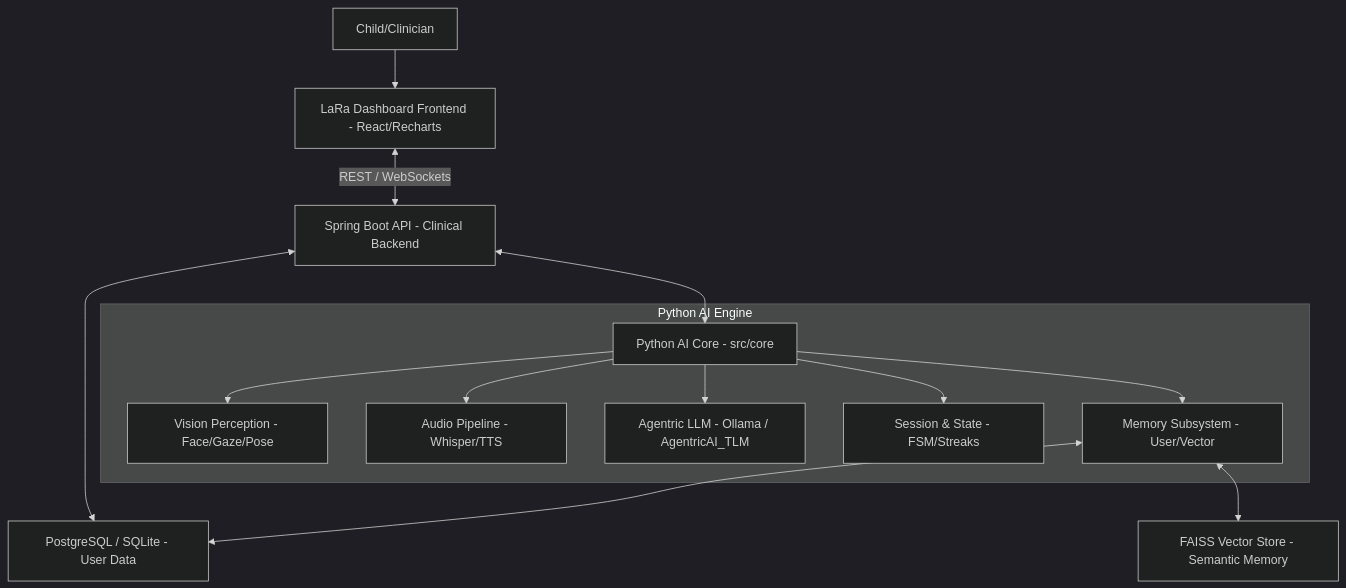
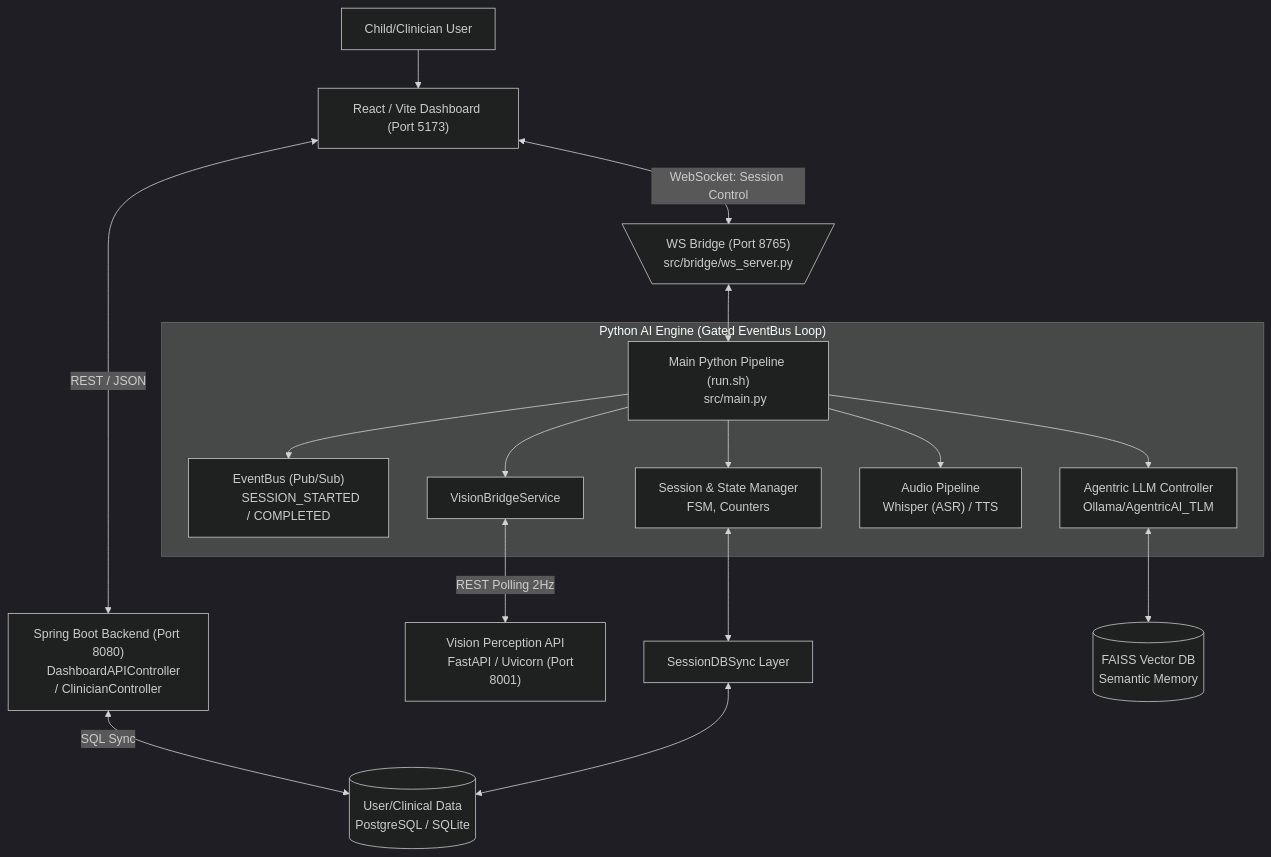
The first of 10 diagrams in ARCHITECTURE.md (deepanmpc/LaRa), drawn with Mermaid (dark theme) before and after one commit. The commit also changed other lines of this file, not shown here.

Commit message:
docs: update architecture diagrams to reflect detailed data-flow, memory hierarchy, and system configuration

````diff
--- a/ARCHITECTURE.md
+++ b/ARCHITECTURE.md
@@ -6,19 +6,36 @@
 ```mermaid
 graph TD
-    User[Child/Clinician] --> Dash[LaRa Dashboard Frontend - React/Recharts]
-    Dash <-- REST / WebSockets --> Spring[Spring Boot API - Clinical Backend]
+    User["Child/Clinician User"] --> UI["React / Vite Dashboard (Port 5173)"]
     
-    Spring <--> core[Python AI Core - src/core]
+    UI <-->|REST / JSON| SpringAPI["Spring Boot Backend (Port 8080)
+    DashboardAPIController / ClinicianController"]
     
-    subgraph Python_AI_Engine [Python AI Engine]
-        core --> vision[Vision Perception - Face/Gaze/Pose]
-        core --> voice[Audio Pipeline - Whisper/TTS]
-        core --> llm[Agentric LLM - Ollama / AgentricAI_TLM]
-        core --> session[Session & State - FSM/Streaks]
-        core --> memory[Memory Subsystem - User/Vector]
+    UI <-->|WebSocket: Session Control| WSBridge[\"WS Bridge (Port 8765)
+    src/bridge/ws_server.py"/]
+    
+    SpringAPI <-->|SQL Sync| Postgres[("User/Clinical Data
+    PostgreSQL / SQLite")]
+    
+    WSBridge <--> MainDaemon["Main Python Pipeline (run.sh)
+    src/main.py"]
+    
+    subgraph CoreAI ["Python AI Engine (Gated EventBus Loop)"]
+        MainDaemon --> EventBus["EventBus (Pub/Sub)
+        SESSION_STARTED / COMPLETED"]
+        MainDaemon --> SessionMGR["Session & State Manager
+        FSM, Counters"]
+        MainDaemon --> LLM["Agentric LLM Controller
+        Ollama/AgentricAI_TLM"]
+        MainDaemon --> AudioPipe["Audio Pipeline
+        Whisper (ASR) / TTS"]
+        MainDaemon --> VisionBridge["VisionBridgeService"]
     end
     
-    memory <--> pg[PostgreSQL / SQLite - User Data]
-    memory <--> faiss[FAISS Vector Store - Semantic Memory]
-    Spring <--> pg
+    VisionBridge <-->|REST Polling 2Hz| VisionAPI["Vision Perception API
+    FastAPI / Uvicorn (Port 8001)"]
+    
+    SessionMGR <--> DB_Sync["SessionDBSync Layer"]
+    DB_Sync <--> Postgres
+    LLM <--> FAISS[("FAISS Vector DB
+    Semantic Memory")]
 ```
````
